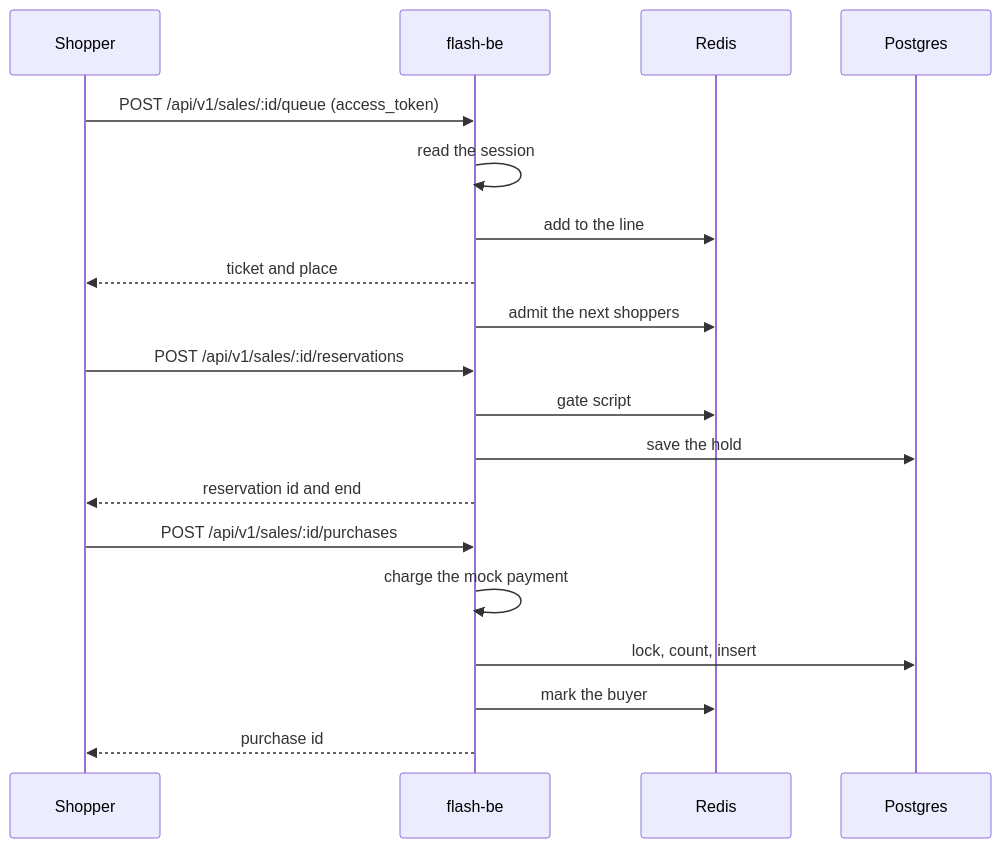
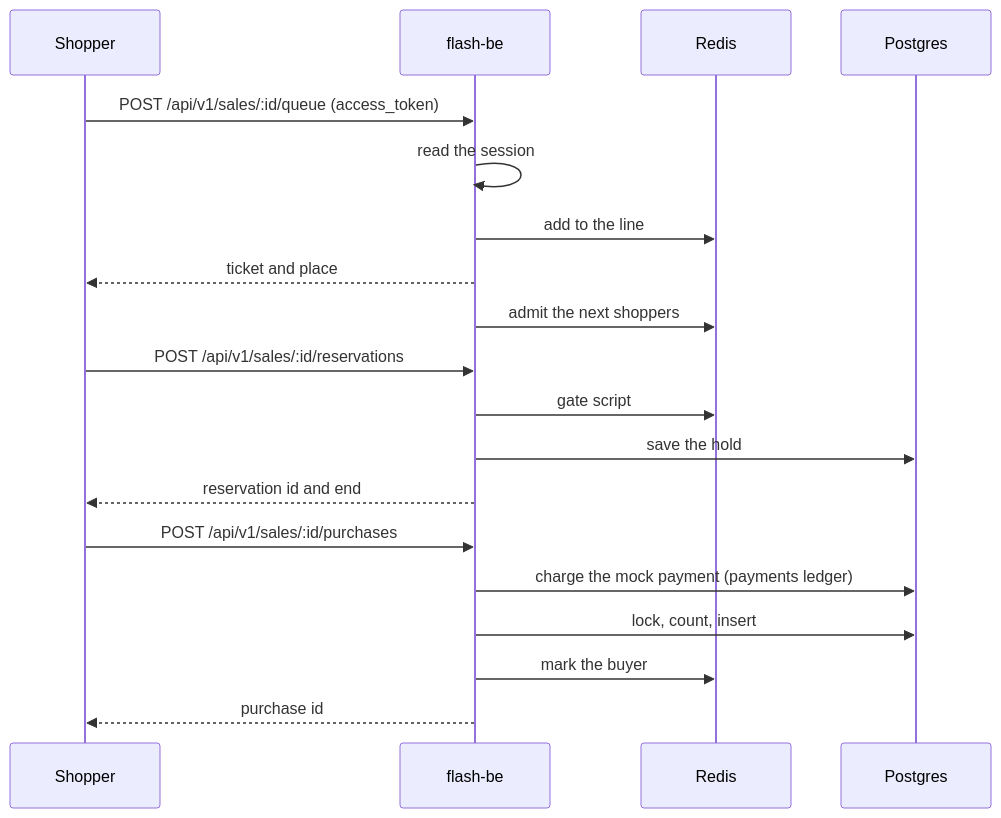
One commit to wahidyankf/coding-itv-js-flashsale changed the second of 4 diagrams in specs/apps/flash/c4/sequences.md. Above: the diagram before and after it, drawn with Mermaid. The commit also changed 18 other files, not shown here.

````diff
--- a/specs/apps/flash/c4/sequences.md
+++ b/specs/apps/flash/c4/sequences.md
@@ -81,23 +81,23 @@
 ```mermaid
 sequenceDiagram
   accTitle: Reserve and pay
   accDescr: The shopper joins the queue and receives a ticket. After admission the shopper reserves an item. The API asks the Redis gate, which counts buyers and live holds, then writes the hold to Postgres. The shopper then confirms. The API charges the payment provider, commits the purchase in one Postgres transaction, and tells the gate.
   participant S as Shopper
   participant A as flash-be
   participant R as Redis
   participant P as Postgres
   S->>A: POST /api/v1/sales/:id/queue (access_token)
   A->>A: read the session
   A->>R: add to the line
   A-->>S: ticket and place
   A->>R: admit the next shoppers
   S->>A: POST /api/v1/sales/:id/reservations
   A->>R: gate script
   A->>P: save the hold
   A-->>S: reservation id and end
   S->>A: POST /api/v1/sales/:id/purchases
-  A->>A: charge the mock payment
+  A->>P: charge the mock payment (payments ledger)
   A->>P: lock, count, insert
   A->>R: mark the buyer
   A-->>S: purchase id
 ```
````
